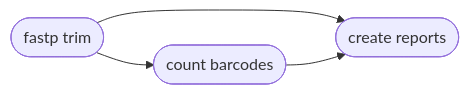
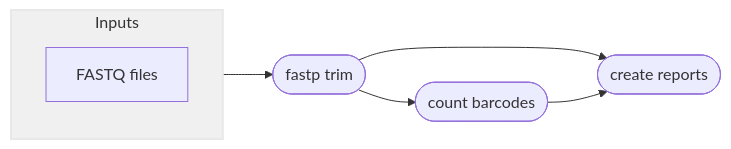
Before and after one commit to pdimens/harpy: the diagram in Modules/qc.md, drawn with Mermaid. The commit also changed 10 other files, not shown here.

Commit message:
make all the mermaids nicer

````diff
--- a/Modules/qc.md
+++ b/Modules/qc.md
@@ -44,6 +44,11 @@
 ```mermaid
 graph LR
+    subgraph Inputs
+        F[FASTQ files]
+    end
+    Inputs-->A
     A([fastp trim]) --> B([count barcodes])
     A --> C([create reports])
     B --> C
+    style Inputs fill:#f0f0f0,stroke:#e8e8e8,stroke-width:2px
 ```
````
